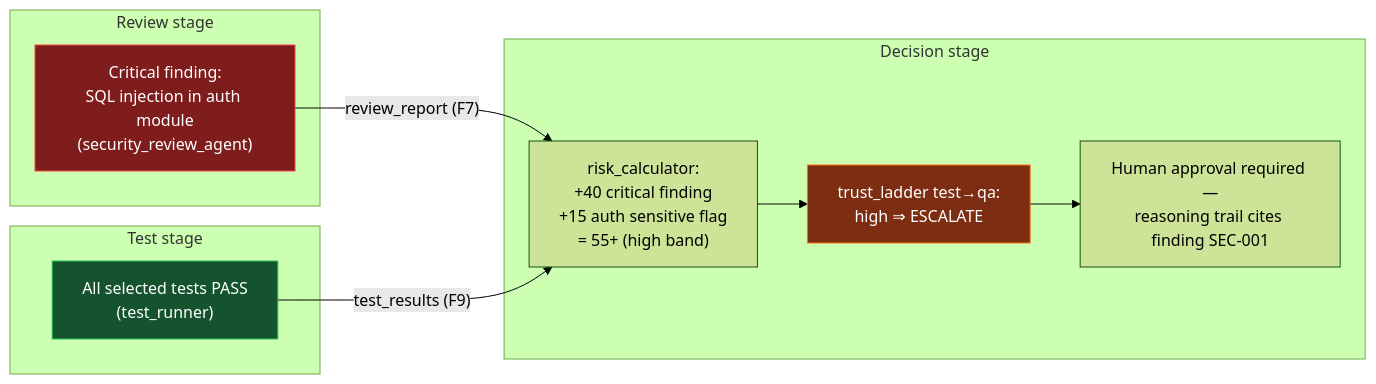
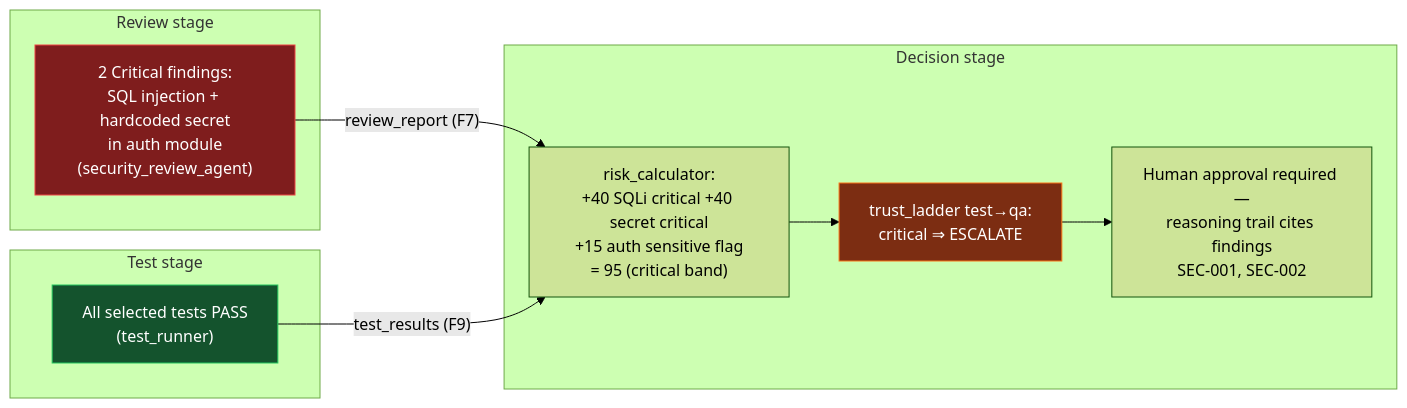
The fourth of 6 diagrams in docs/solution/05-architecture-diagram.md (anandharshit712/Sentinel), drawn with Mermaid (forest theme) before and after one commit. The commit also changed other lines of this file and 8 other files, not shown here.

````diff
--- a/docs/solution/05-architecture-diagram.md
+++ b/docs/solution/05-architecture-diagram.md
@@ -148,21 +150,21 @@
 ```mermaid
 flowchart LR
     subgraph S1["Review stage"]
-        F["Critical finding:<br/>SQL injection in auth module<br/>(security_review_agent)"]
+        F["2 Critical findings:<br/>SQL injection + hardcoded secret<br/>in auth module<br/>(security_review_agent)"]
     end
     subgraph S2["Test stage"]
         T["All selected tests PASS<br/>(test_runner)"]
     end
     subgraph S3["Decision stage"]
-        R["risk_calculator:<br/>+40 critical finding<br/>+15 auth sensitive flag<br/>= 55+ (high band)"]
-        G["trust_ladder test→qa:<br/>high ⇒ ESCALATE"]
-        H["Human approval required —<br/>reasoning trail cites finding SEC-001"]
+        R["risk_calculator:<br/>+40 SQLi critical +40 secret critical<br/>+15 auth sensitive flag<br/>= 95 (critical band)"]
+        G["trust_ladder test→qa:<br/>critical ⇒ ESCALATE"]
+        H["Human approval required —<br/>reasoning trail cites findings<br/>SEC-001, SEC-002"]
     end
     F -->|"review_report (F7)"| R
     T -->|"test_results (F9)"| R
     R --> G --> H
 
     style F fill:#7f1d1d,stroke:#ef4444,color:#fff
     style T fill:#14532d,stroke:#22c55e,color:#fff
     style G fill:#7c2d12,stroke:#f97316,color:#fff
 ```
````
